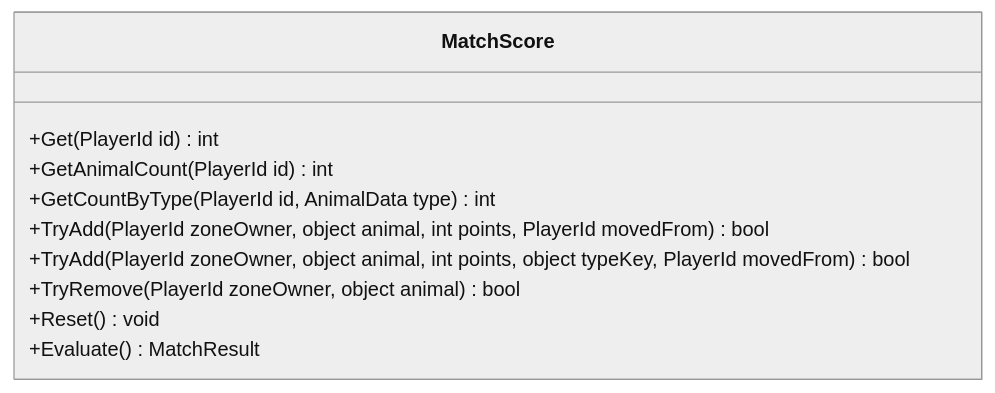
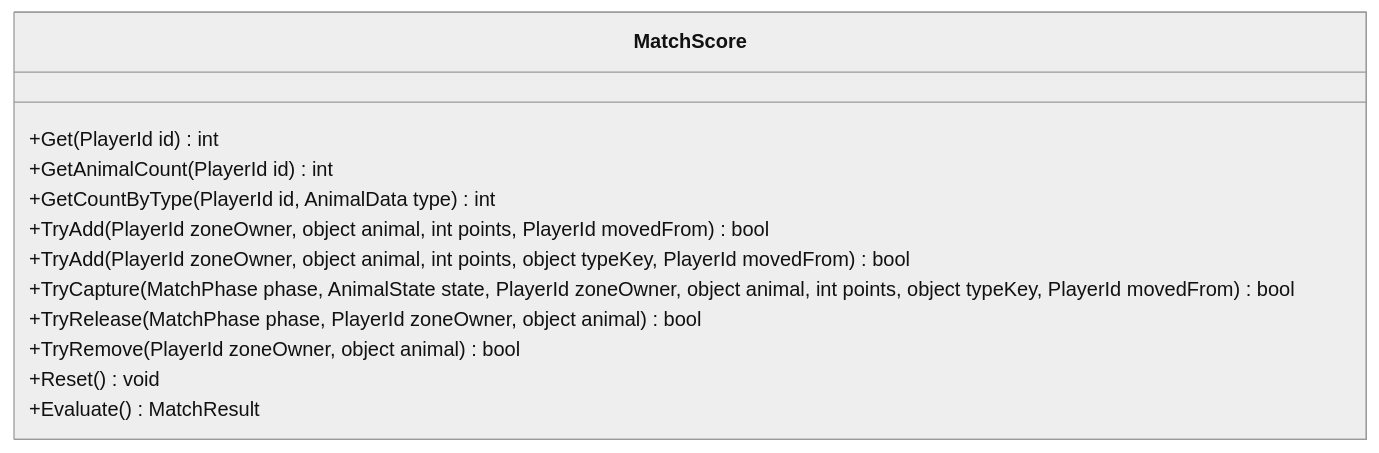
Before and after one commit to Chacashi/Alien-Farms: the diagram in Docs/Arquitectura/Clases/Match/MatchScore.md, drawn with Mermaid (neutral theme). The commit also changed other lines of this file and 257 other files, not shown here.

````diff
--- a/Docs/Arquitectura/Clases/Match/MatchScore.md
+++ b/Docs/Arquitectura/Clases/Match/MatchScore.md
@@ -15,15 +15,17 @@
 ```mermaid
 classDiagram
   direction LR
   class MatchScore {
     +Get(PlayerId id) int
     +GetAnimalCount(PlayerId id) int
     +GetCountByType(PlayerId id, AnimalData type) int
     +TryAdd(PlayerId zoneOwner, object animal, int points, PlayerId movedFrom) bool
     +TryAdd(PlayerId zoneOwner, object animal, int points, object typeKey, PlayerId movedFrom) bool
+    +TryCapture(MatchPhase phase, AnimalState state, PlayerId zoneOwner, object animal, int points, object typeKey, PlayerId movedFrom) bool
+    +TryRelease(MatchPhase phase, PlayerId zoneOwner, object animal) bool
     +TryRemove(PlayerId zoneOwner, object animal) bool
     +Reset() void
     +Evaluate() MatchResult
   }
   classDef external fill:#eee,stroke:#999,stroke-dasharray: 4 3,color:#555
 ```
````
